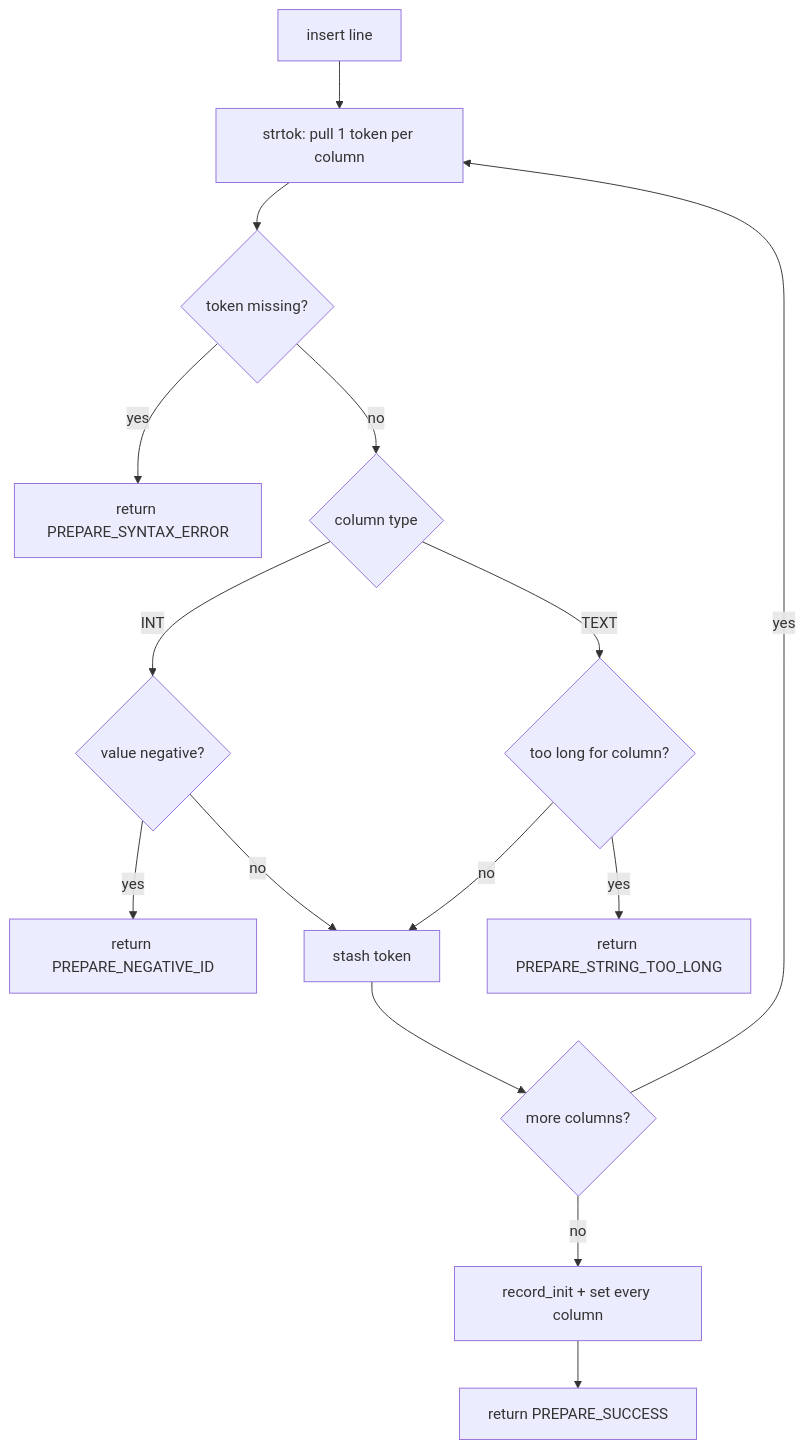
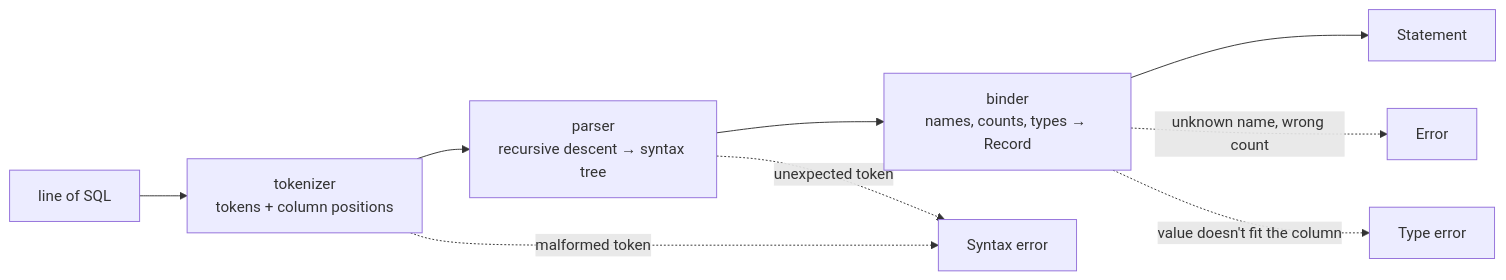
Before and after one commit to Rohitangshu2026/mini-sql: diagram 16 of 20 in README.md, drawn with Mermaid. The commit also changed other lines of this file, not shown here.

First line of the commit message:
docs: describe the SQL front end in the README

````diff
--- a/README.md
+++ b/README.md
@@ -746,17 +769,11 @@
 ```mermaid
-flowchart TD
-    A["insert line"] --> B["strtok: pull 1 token per column"]
-    B --> C{token missing?}
-    C -->|yes| E1["return PREPARE_SYNTAX_ERROR"]
-    C -->|no| D{column type}
-    D -->|INT| F{value negative?}
-    F -->|yes| E2["return PREPARE_NEGATIVE_ID"]
-    F -->|no| G["stash token"]
-    D -->|TEXT| H{too long for column?}
-    H -->|yes| E3["return PREPARE_STRING_TOO_LONG"]
-    H -->|no| G
-    G --> I{more columns?}
-    I -->|yes| B
-    I -->|no| J["record_init + set every column"]
-    J --> K["return PREPARE_SUCCESS"]
+flowchart LR
+    L["line of SQL"] --> T["tokenizer<br/>tokens + column positions"]
+    T --> P["parser<br/>recursive descent → syntax tree"]
+    P --> B["binder<br/>names, counts, types → Record"]
+    B --> S["Statement"]
+    T -.->|malformed token| E1["Syntax error"]
+    P -.->|unexpected token| E1
+    B -.->|unknown name, wrong count| E2["Error"]
+    B -.->|value doesn't fit the column| E3["Type error"]
 ```
````
